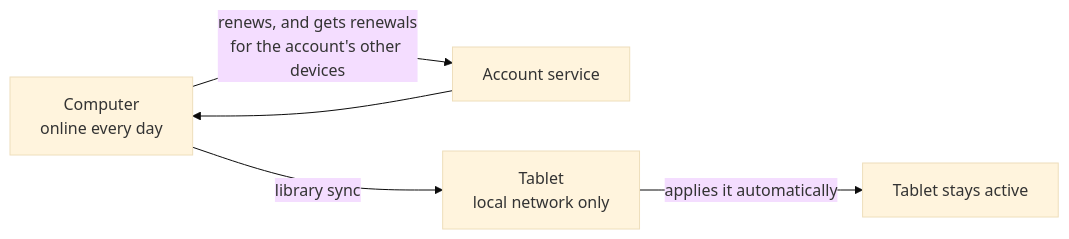
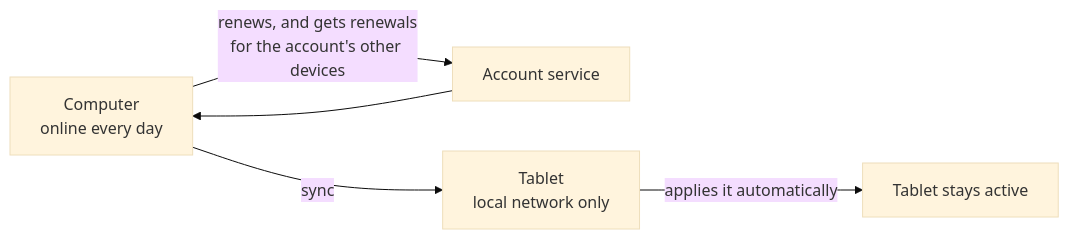
Before and after one commit to C21H21NO2S/kinex-site: diagram 20 of 23 in guide/en.md, drawn with Mermaid (base theme). The commit also changed other lines of this file and 4 other files, not shown here.

````diff
--- a/guide/en.md
+++ b/guide/en.md
@@ -1194,7 +1255,7 @@
 ```mermaid
 flowchart LR
     PC["Computer<br/>online every day"] -->|renews, and gets renewals<br/>for the account's other devices| ACC["Account service"]
     ACC --> PC
-    PC -->|library sync| TAB["Tablet<br/>local network only"]
+    PC -->|sync| TAB["Tablet<br/>local network only"]
     TAB -->|applies it automatically| OK["Tablet stays active"]
 ```
````
